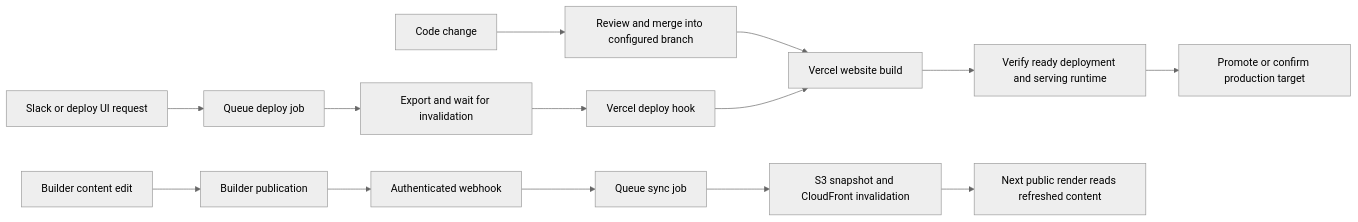
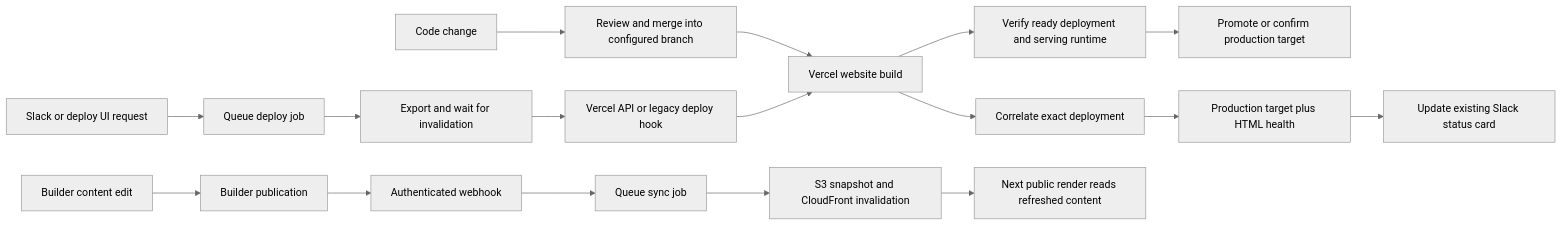
One commit to MONO-Advertising/mono-deployer changed the third of 5 diagrams in docs/ARCHITECTURE.md. Above: the diagram before and after it, drawn with Mermaid (neutral theme). The commit also changed other lines of this file and 13 other files, not shown here.

First line of the commit message:
Track publishing progress and exact production status (#4)

````diff
--- a/docs/ARCHITECTURE.md
+++ b/docs/ARCHITECTURE.md
@@ -132,16 +171,19 @@
 ```mermaid
 flowchart LR
   Code[Code change] --> PR[Review and merge into configured branch]
   PR --> VBuild[Vercel website build]
   VBuild --> Verify[Verify ready deployment and serving runtime]
   Verify --> Prod[Promote or confirm production target]
   Edit[Builder content edit] --> Publish[Builder publication]
   Publish --> Webhook[Authenticated webhook]
   Webhook --> Sync[Queue sync job]
   Sync --> Snapshot[S3 snapshot and CloudFront invalidation]
   Snapshot --> Read[Next public render reads refreshed content]
   Explicit[Slack or deploy UI request] --> Deploy[Queue deploy job]
   Deploy --> Snapshot2[Export and wait for invalidation]
-  Snapshot2 --> Hook[Vercel deploy hook]
+  Snapshot2 --> Hook[Vercel API or legacy deploy hook]
   Hook --> VBuild
+  VBuild --> Tracking[Correlate exact deployment]
+  Tracking --> LiveCheck[Production target plus HTML health]
+  LiveCheck --> Card[Update existing Slack status card]
 ```
````
